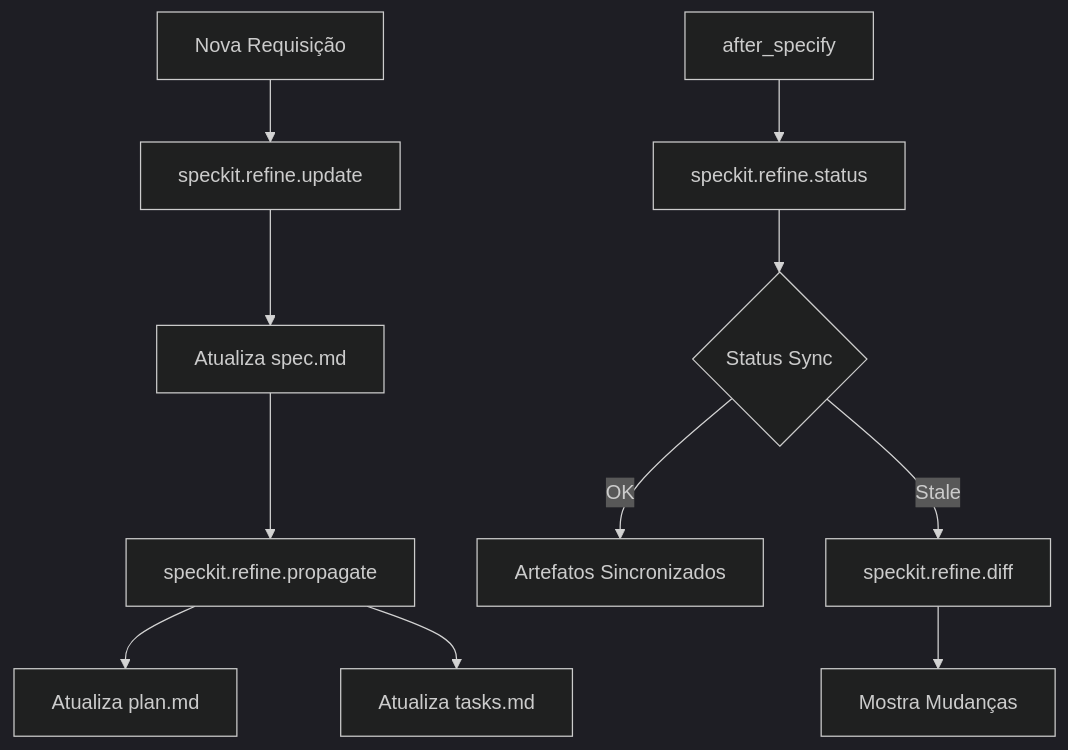
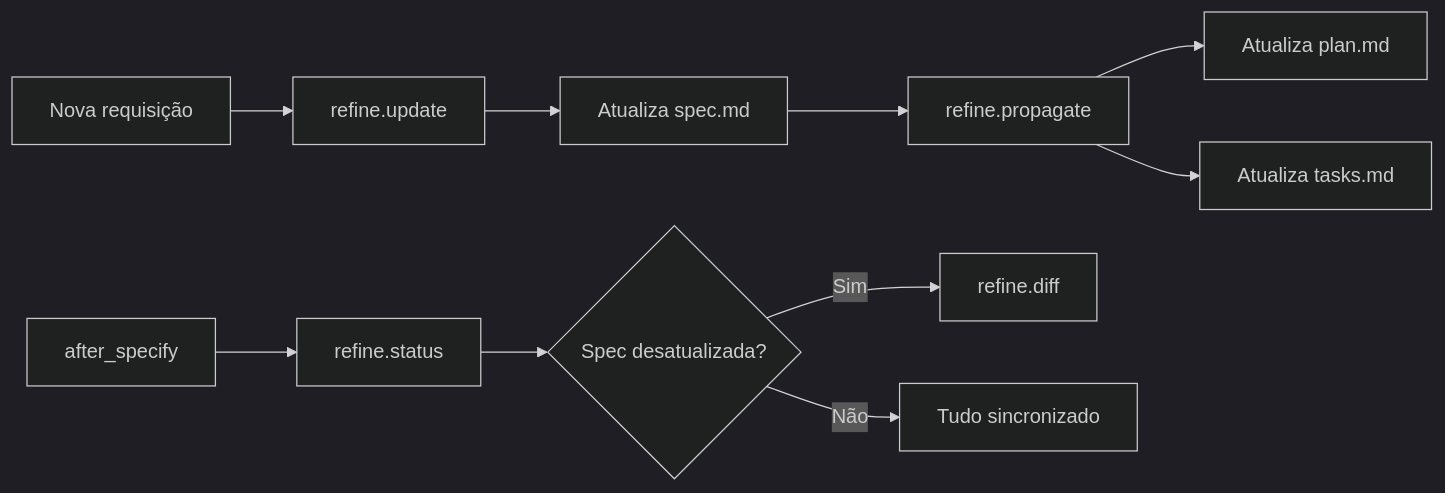
The ninth of 9 diagrams in README.md (wagner-sousa/spec-kit-docker), drawn with Mermaid (dark theme) before and after one commit. The commit also changed other lines of this file, not shown here.

````diff
--- a/README.md
+++ b/README.md
@@ -239,14 +205,12 @@
 ```mermaid
-graph TD
-    A[Nova Requisição] --> B[speckit.refine.update]
+graph LR
+    A[Nova requisição] --> B[refine.update]
     B --> C[Atualiza spec.md]
-    C --> D[speckit.refine.propagate]
+    C --> D[refine.propagate]
     D --> E[Atualiza plan.md]
     D --> F[Atualiza tasks.md]
-
-    G[after_specify] --> H[speckit.refine.status]
-    H --> I{Status Sync}
-    I -->|OK| J[Artefatos Sincronizados]
-    I -->|Stale| K[speckit.refine.diff]
-    K --> L[Mostra Mudanças]
+    G[after_specify] --> H[refine.status]
+    H --> I{Spec desatualizada?}
+    I -->|Sim| J[refine.diff]
+    I -->|Não| K[Tudo sincronizado]
 ```
````
